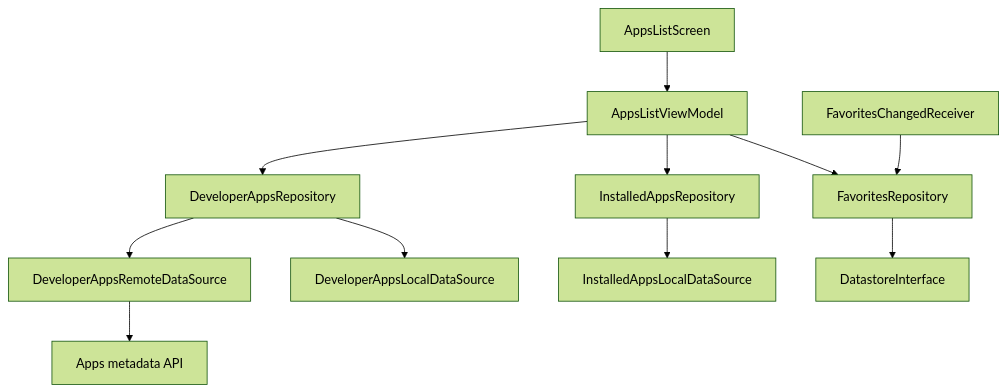
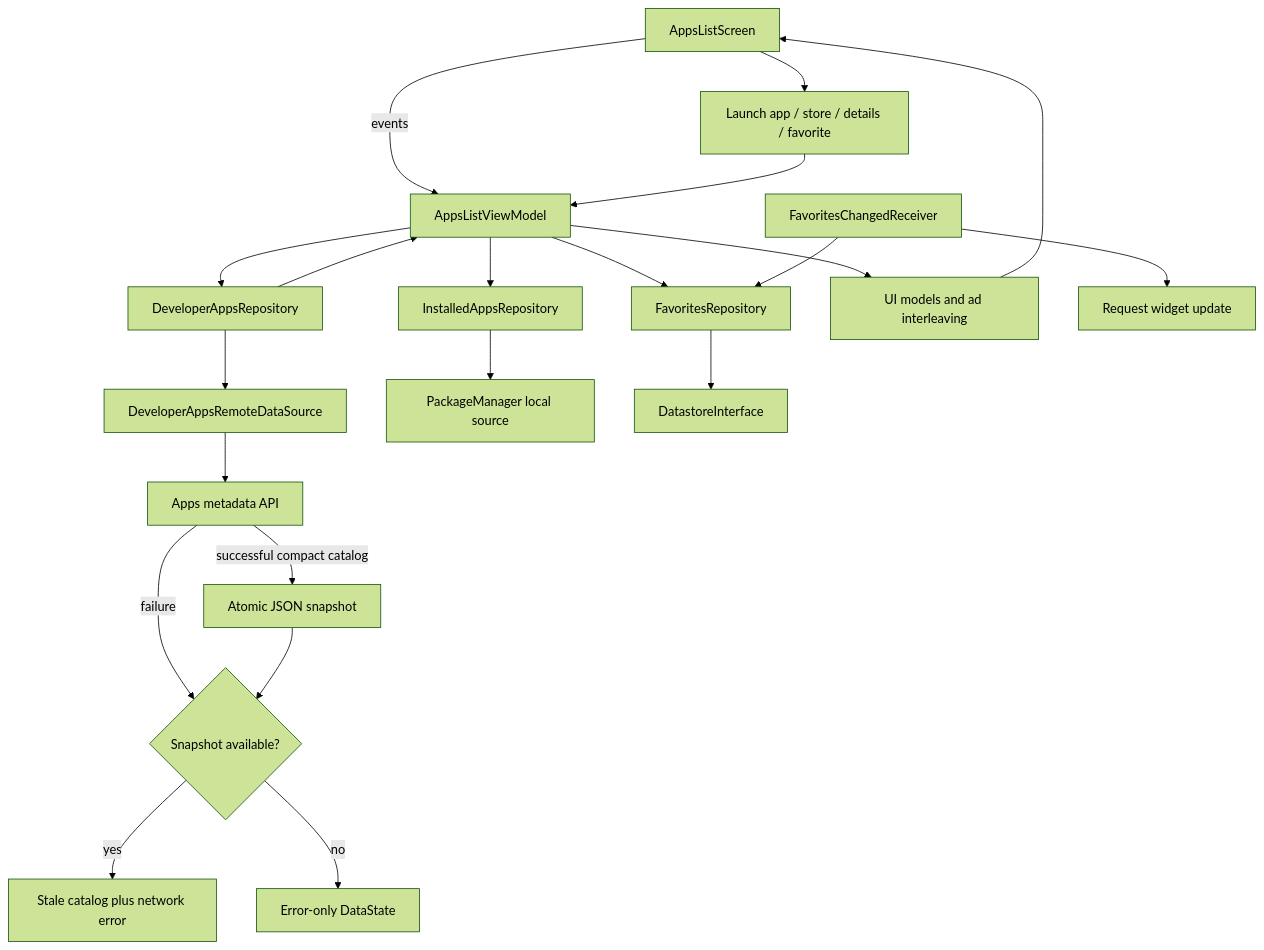
Before and after one commit to MihaiCristianCondrea/App-Toolkit-for-Android: the diagram in sample/feature/apps/README.md, drawn with Mermaid (forest theme). The commit also changed other lines of this file and 57 other files, not shown here.

````diff
--- a/sample/feature/apps/README.md
+++ b/sample/feature/apps/README.md
@@ -40,13 +40,23 @@
 ```mermaid
 flowchart TD
-    Screen[AppsListScreen] --> VM[AppsListViewModel]
+    Screen[AppsListScreen] -->|events| VM[AppsListViewModel]
     VM --> Developer[DeveloperAppsRepository]
-    VM --> Installed[InstalledAppsRepository]
-    VM --> Favorites[FavoritesRepository]
     Developer --> Remote[DeveloperAppsRemoteDataSource]
     Remote --> Api[Apps metadata API]
-    Developer --> CatalogueCache[DeveloperAppsLocalDataSource]
-    Installed --> Packages[InstalledAppsLocalDataSource]
+    Api -->|successful compact catalog| Cache[Atomic JSON snapshot]
+    Api -->|failure| Fallback{Snapshot available?}
+    Cache --> Fallback
+    Fallback -->|yes| Stale[Stale catalog plus network error]
+    Fallback -->|no| Error[Error-only DataState]
+    Developer --> VM
+    VM --> Installed[InstalledAppsRepository]
+    Installed --> Packages[PackageManager local source]
+    VM --> Favorites[FavoritesRepository]
     Favorites --> Store[DatastoreInterface]
+    VM --> Items[UI models and ad interleaving]
+    Items --> Screen
+    Screen --> Actions[Launch app / store / details / favorite]
+    Actions --> VM
     Receiver[FavoritesChangedReceiver] --> Favorites
+    Receiver --> Widget[Request widget update]
 ```
````
